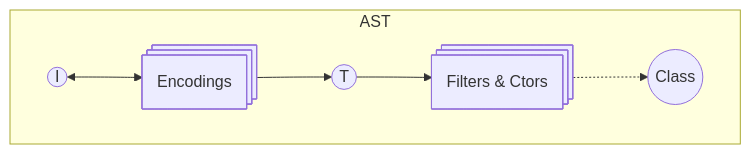
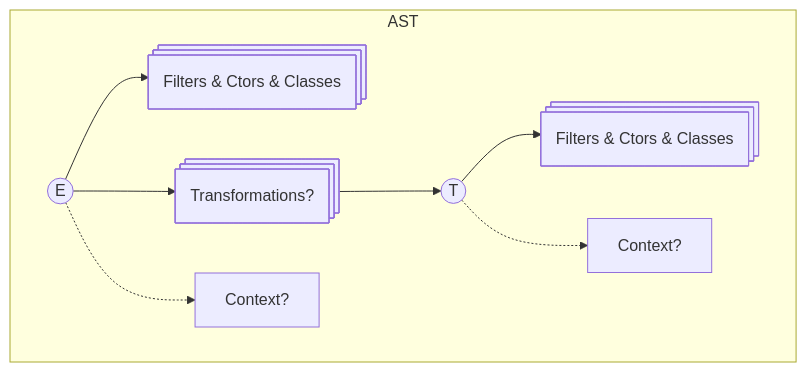
One commit to Effect-TS/effect-smol changed the second of 2 diagrams in SCHEMA.md. Above: the diagram before and after it, drawn with Mermaid. The commit also changed other lines of this file and 1 other file, not shown here.

````diff
--- a/SCHEMA.md
+++ b/SCHEMA.md
@@ -23,14 +24,16 @@
 ```mermaid
 flowchart TD
   subgraph AST
-    A@{ shape: circle, label: "I" }
-    C@{ shape: procs, label: "Filters & Ctors"}
-    B@{ shape: procs, label: "Encodings"}
-    D@{ shape: circle, label: "T" }
-    E@{ shape: circle, label: "Class" }
-    A <--> B
-    B --> D
-    D --> C
-    C .-> E
+    E@{ shape: circle, label: "E" }
+    ModifiersT@{ shape: procs, label: "Filters & Ctors & Classes"}
+    ModifiersE@{ shape: procs, label: "Filters & Ctors & Classes"}
+    Transformations@{ shape: procs, label: "Transformations?"}
+    T@{ shape: circle, label: "T" }
+    T --> ModifiersT
+    T .-> TC[Context?]
+    E --> ModifiersE
+    E --> Transformations
+    E .-> EC[Context?]
+    Transformations --> T
   end
 ```
````
